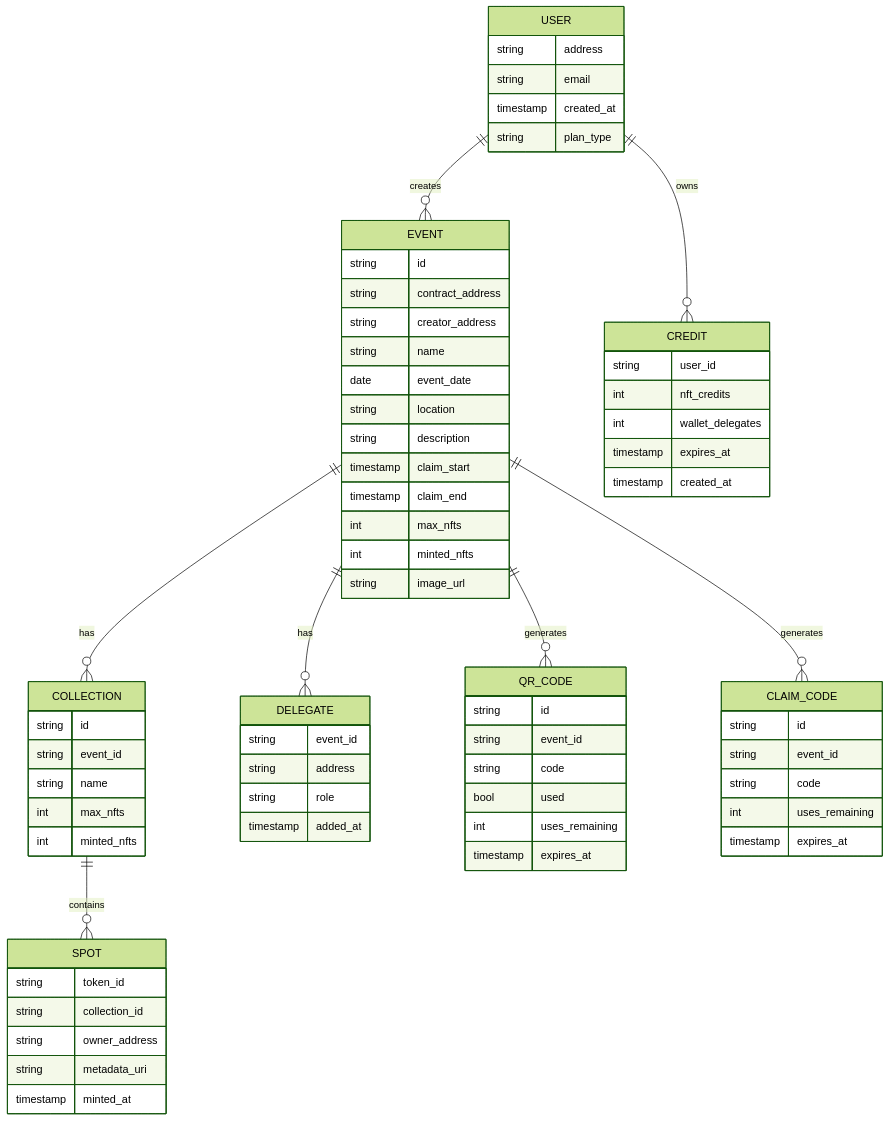
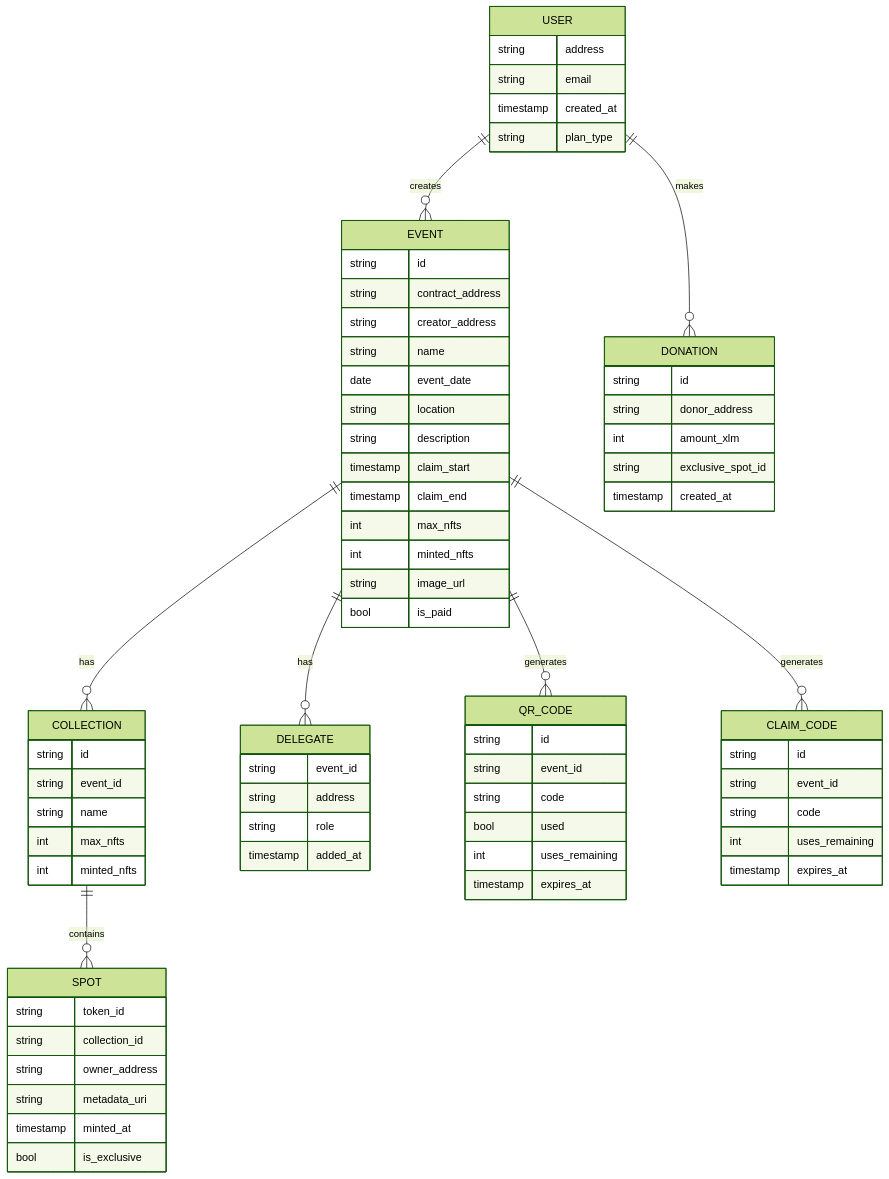
One commit to mesas01/hackatonArgentinaNov changed the ninth of 10 diagrams in README.md. Above: the diagram before and after it, drawn with Mermaid (forest theme). The commit also changed other lines of this file and 66 other files, not shown here.

````diff
--- a/README.md
+++ b/README.md
@@ -673,80 +693,82 @@
 ```mermaid
 erDiagram
     USER ||--o{ EVENT : creates
-    USER ||--o{ CREDIT : owns
+    USER ||--o{ DONATION : makes
     EVENT ||--o{ COLLECTION : has
     COLLECTION ||--o{ SPOT : contains
     EVENT ||--o{ DELEGATE : has
     EVENT ||--o{ QR_CODE : generates
     EVENT ||--o{ CLAIM_CODE : generates
     
     USER {
         string address
         string email
         timestamp created_at
         string plan_type
     }
     
-    CREDIT {
-        string user_id
-        int nft_credits
-        int wallet_delegates
-        timestamp expires_at
+    DONATION {
+        string id
+        string donor_address
+        int amount_xlm
+        string exclusive_spot_id
         timestamp created_at
     }
     
     EVENT {
         string id
         string contract_address
         string creator_address
         string name
         date event_date
         string location
         string description
         timestamp claim_start
         timestamp claim_end
         int max_nfts
         int minted_nfts
         string image_url
+        bool is_paid
     }
     
     COLLECTION {
         string id
         string event_id
         string name
         int max_nfts
         int minted_nfts
     }
     
     SPOT {
         string token_id
         string collection_id
         string owner_address
         string metadata_uri
         timestamp minted_at
+        bool is_exclusive
     }
     
     DELEGATE {
         string event_id
         string address
         string role
         timestamp added_at
     }
     
     QR_CODE {
         string id
         string event_id
         string code
         bool used
         int uses_remaining
         timestamp expires_at
     }
     
     CLAIM_CODE {
         string id
         string event_id
         string code
         int uses_remaining
         timestamp expires_at
     }
 ```
````
